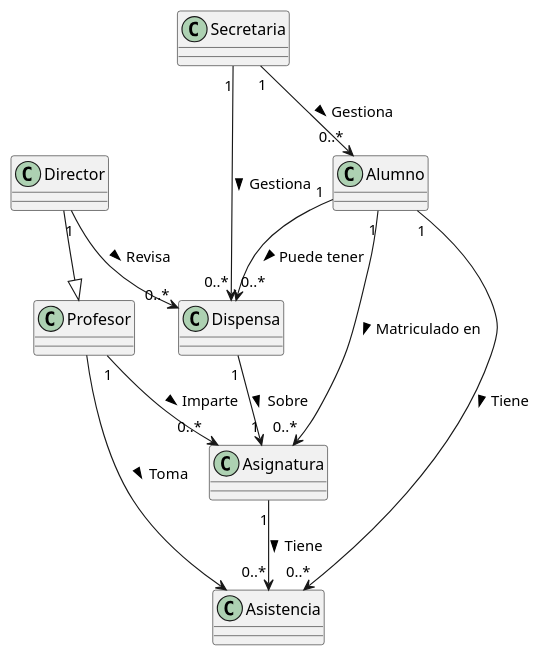
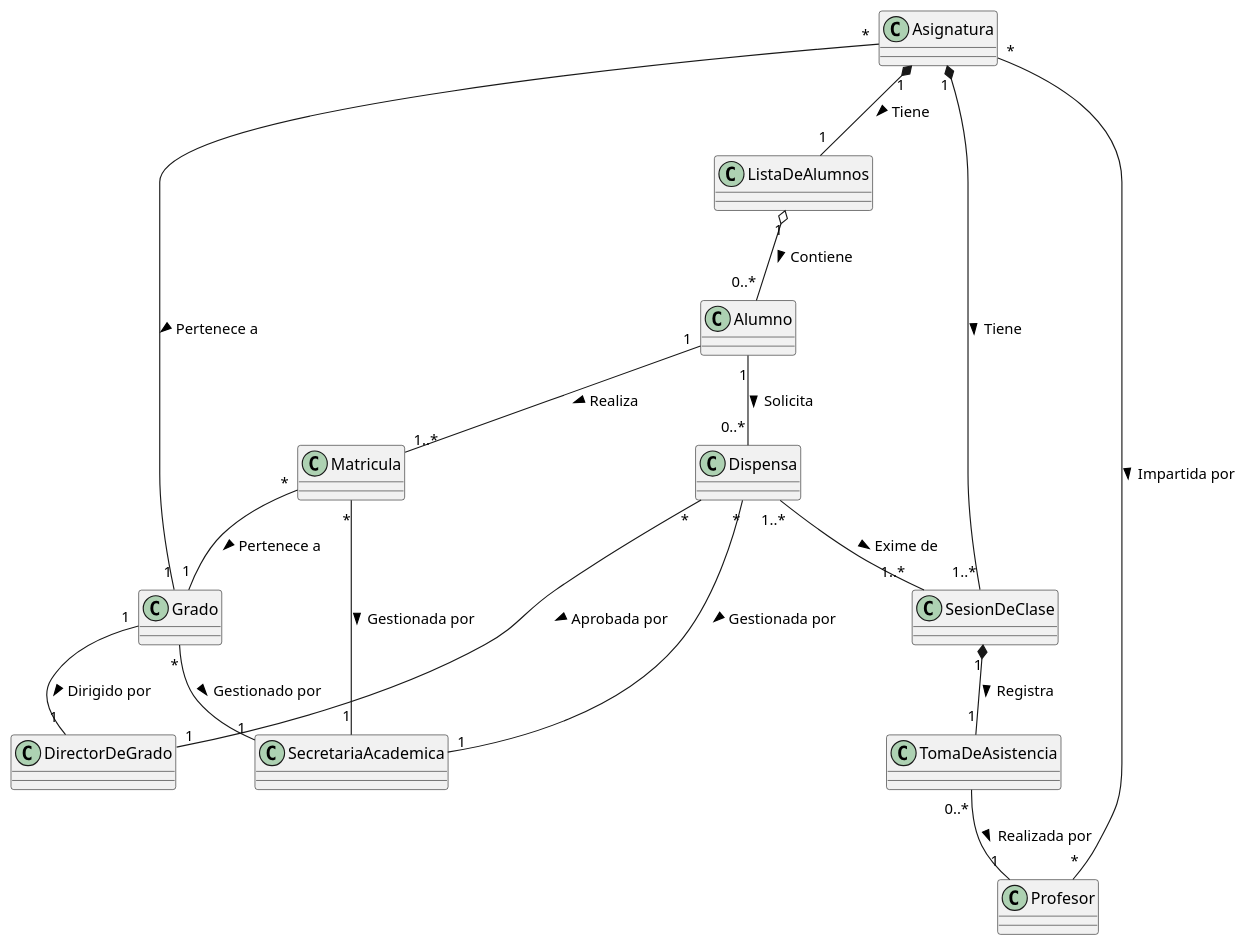
One commit to enmabry/25-26-IdSw1-SdR changed the diagram in documents/ModeloDelDominio/DiagramasDeClase/saulDeCos/ModeloCompleto/ModeloCompleto.puml. Above: the diagram before and after it, drawn with PlantUML. The commit also changed 1 other file, not shown here.

```diff
--- a/documents/ModeloDelDominio/DiagramasDeClase/saulDeCos/ModeloCompleto/ModeloCompleto.puml
+++ b/documents/ModeloDelDominio/DiagramasDeClase/saulDeCos/ModeloCompleto/ModeloCompleto.puml
@@ -1,34 +1,32 @@
 @startuml
 
 class Alumno
+class Matricula
+class Asignatura
+class Dispensa
+class TomaDeAsistencia
+class ListaDeAlumnos
+class Profesor
+class Grado
+class DirectorDeGrado
+class SecretariaAcademica 
+class SesionDeClase
 
-class Asignatura
-
-class Dispensa
-
-class Asistencia
-
-class Profesor
-
-class Director
-
-class Secretaria 
-
-
-Alumno "1" --> "0..*" Asignatura : Matriculado en >
-Alumno "1" --> "0..*" Dispensa : Puede tener >
-Alumno "1" --> "0..*" Asistencia : Tiene >
-
-Profesor "1" --> "0..*" Asignatura : Imparte >
-Profesor --> Asistencia : Toma >
-
-Secretaria "1" --> "0..*" Dispensa : Gestiona >
-Secretaria "1" --> "0..*" Alumno : Gestiona >
-
-Director "1" --> "0..*" Dispensa : Revisa >
-Director --|> Profesor
-
-Asignatura "1" -d-> "0..*" Asistencia : Tiene >
-Dispensa "1" -d-> "1" Asignatura : Sobre >
+Alumno "1" -- "1..*" Matricula : Realiza >
+Alumno "1" -- "0..*" Dispensa : Solicita >
+Matricula "*" -- "1" Grado : Pertenece a >
+Matricula "*" -- "1" SecretariaAcademica : Gestionada por >
+Asignatura "*" -- "1" Grado : Pertenece a >
+Asignatura "1" *-- "1" ListaDeAlumnos : Tiene >
+Asignatura "1" *-- "1..*" SesionDeClase : Tiene >
+Asignatura "*" -- "*" Profesor : Impartida por >
+ListaDeAlumnos "1" o-- "0..*" Alumno : Contiene >
+SesionDeClase "1" *-- "1" TomaDeAsistencia : Registra >
+TomaDeAsistencia "0..*" -- "1" Profesor : Realizada por >
+Dispensa "1..*" -- "1..*" SesionDeClase : Exime de >
+Dispensa "*" -- "1" DirectorDeGrado : Aprobada por >
+Dispensa "*" -- "1" SecretariaAcademica : Gestionada por >
+Grado "1" -- "1" DirectorDeGrado : Dirigido por >
+Grado "*" -- "1" SecretariaAcademica : Gestionado por >
 
 @enduml
```
